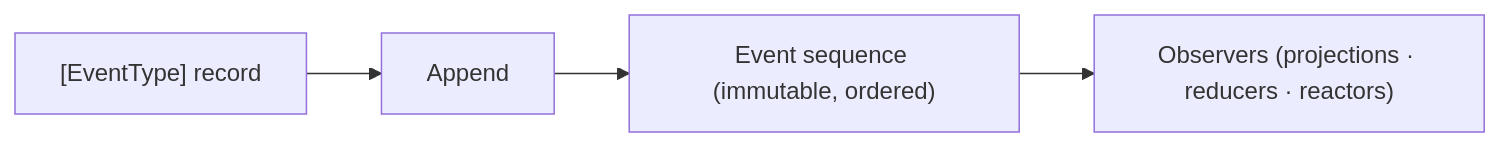
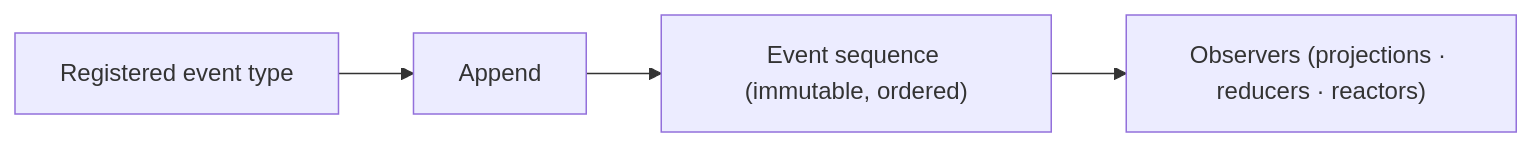
Before and after one commit to Cratis/Chronicle: the diagram in Documentation/events/index.mdx, drawn with Mermaid. The commit also changed other lines of this file and 45 other files, not shown here.

````diff
--- a/Documentation/events/index.mdx
+++ b/Documentation/events/index.mdx
@@ -8,6 +8,6 @@
 ```mermaid
 flowchart LR
-    T["[EventType] record"] --> A[Append]
+    T["Registered event type"] --> A[Append]
     A --> S["Event sequence (immutable, ordered)"]
     S --> O["Observers (projections · reducers · reactors)"]
 ```
````
